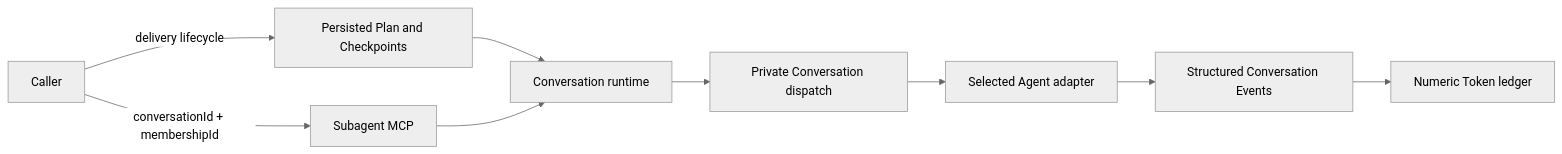
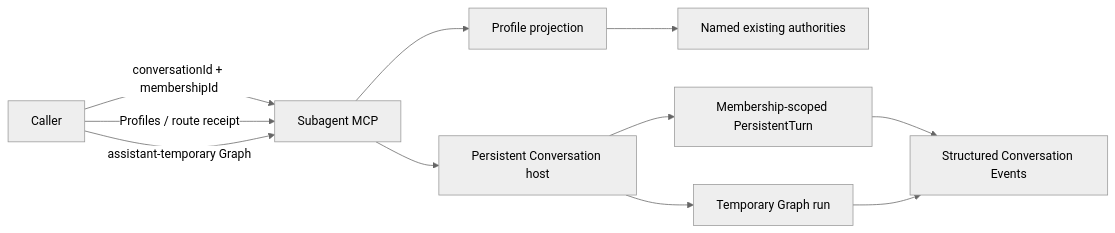
One commit to LicoLand/LicoUp changed the diagram in docs/protocols/subagent-mcp.md. Above: the diagram before and after it, drawn with Mermaid (neutral theme). The commit also changed other lines of this file and 70 other files, not shown here.

````diff
--- a/docs/protocols/subagent-mcp.md
+++ b/docs/protocols/subagent-mcp.md
@@ -21,11 +21,13 @@
 ```mermaid
 flowchart LR
-  C["Caller"] -->|"delivery lifecycle"| P["Persisted Plan and Checkpoints"]
-  C -->|"conversationId + membershipId"| M["Subagent MCP"]
-  P --> R["Conversation runtime"]
-  M --> R
-  R --> D["Private Conversation dispatch"]
-  D --> A["Selected Agent adapter"]
-  A --> E["Structured Conversation Events"]
-  E --> L["Numeric Token ledger"]
+  C["Caller"] -->|"conversationId + membershipId"| M["Subagent MCP"]
+  C -->|"Profiles / route receipt"| M
+  C -->|"assistant-temporary Graph"| M
+  M --> P["Profile projection"]
+  M --> R["Persistent Conversation host"]
+  P --> A["Named existing authorities"]
+  R --> D["Membership-scoped PersistentTurn"]
+  D --> E["Structured Conversation Events"]
+  R --> F["Temporary Graph run"]
+  F --> E
 ```
````
